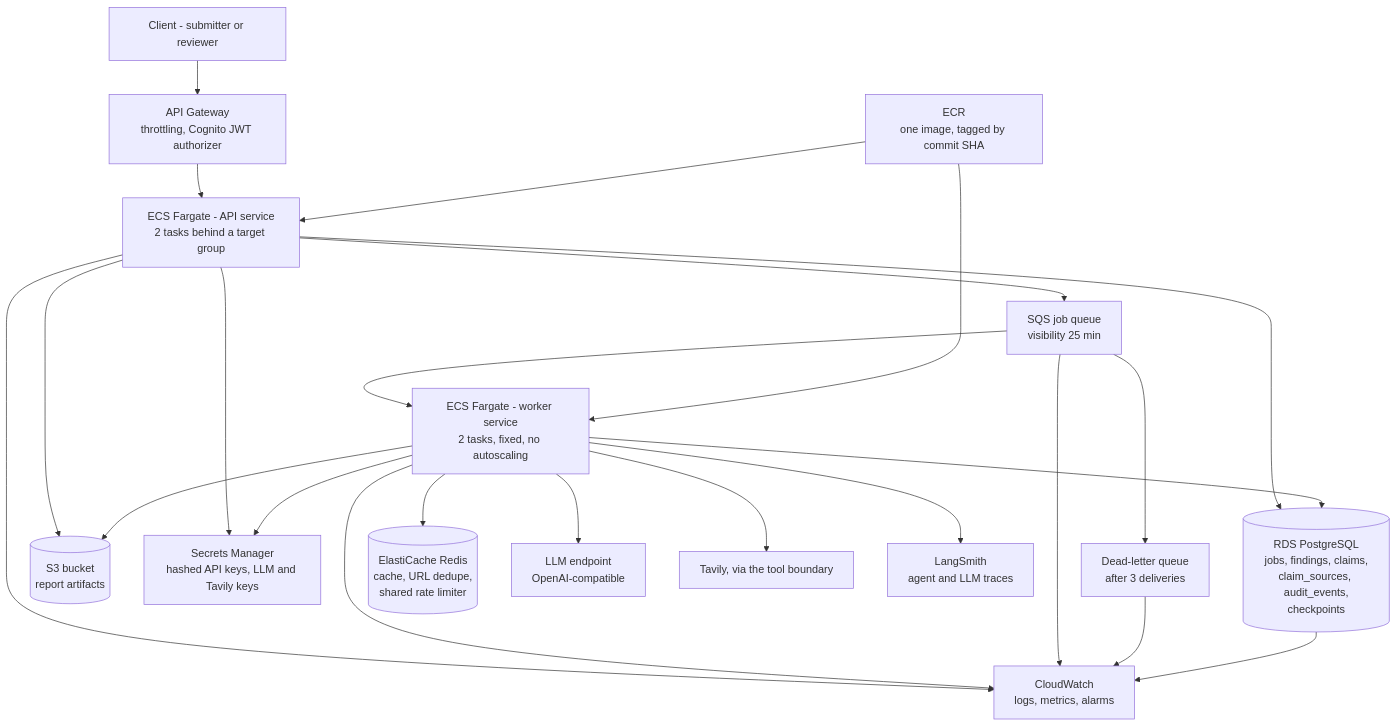
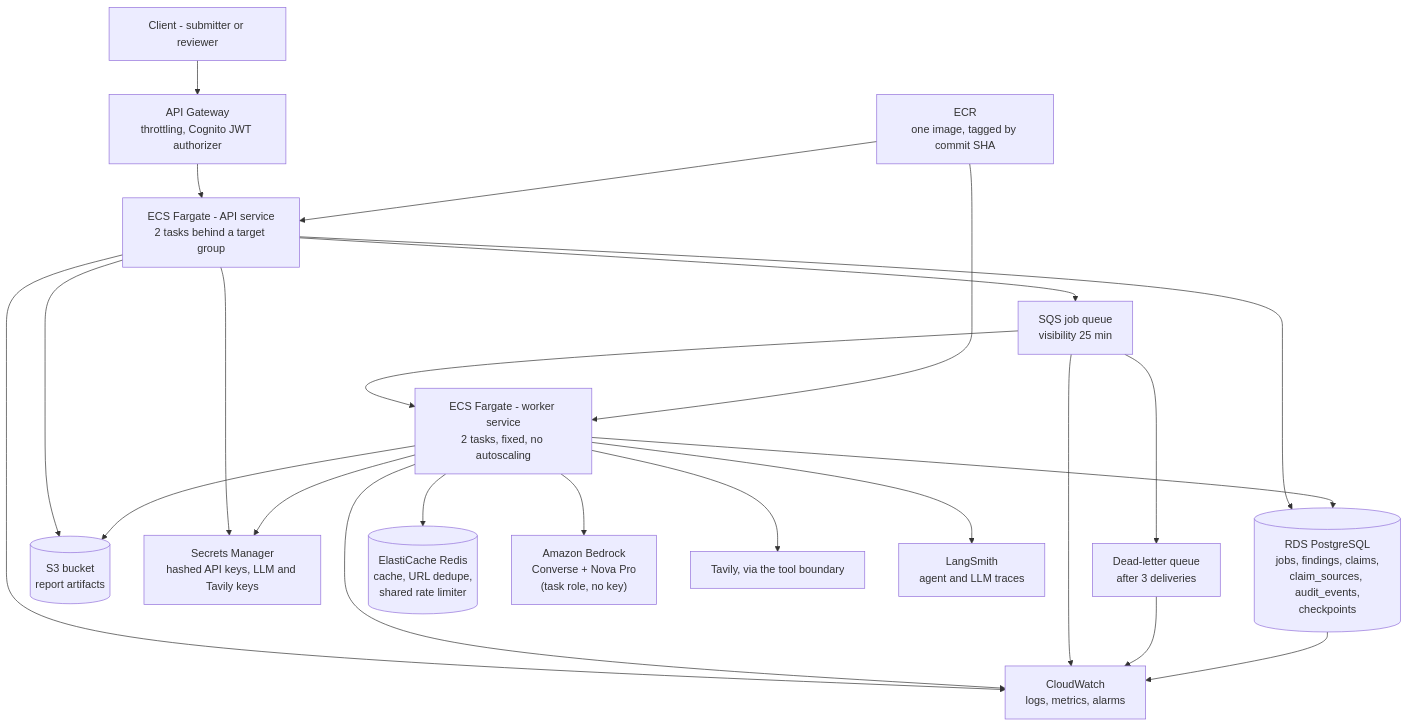
One commit to 02surajpatil02-afk/multi-agent-competitive-research-assistant changed the sixth of 6 diagrams in docs/ARCHITECTURE.md. Above: the diagram before and after it, drawn with Mermaid. The commit also changed other lines of this file and 24 other files, not shown here.

Commit message:
feat(llm): add Amazon Bedrock Nova provider

````diff
--- a/docs/ARCHITECTURE.md
+++ b/docs/ARCHITECTURE.md
@@ -2843,30 +2844,30 @@
 ```mermaid
 flowchart TD
     USER["Client - submitter or reviewer"] --> AGW["API Gateway<br/>throttling, Cognito JWT authorizer"]
     AGW --> APISVC["ECS Fargate - API service<br/>2 tasks behind a target group"]
 
     APISVC --> RDS[("RDS PostgreSQL<br/>jobs, findings, claims,<br/>claim_sources, audit_events,<br/>checkpoints")]
     APISVC --> SQSQ["SQS job queue<br/>visibility 25 min"]
     APISVC --> S3B[("S3 bucket<br/>report artifacts")]
     APISVC --> SM["Secrets Manager<br/>hashed API keys, LLM and Tavily keys"]
 
     SQSQ --> WSVC["ECS Fargate - worker service<br/>2 tasks, fixed, no autoscaling"]
     SQSQ --> DLQ2["Dead-letter queue<br/>after 3 deliveries"]
 
     WSVC --> RDS
     WSVC --> EC[("ElastiCache Redis<br/>cache, URL dedupe,<br/>shared rate limiter")]
     WSVC --> S3B
     WSVC --> SM
-    WSVC --> NIM["LLM endpoint<br/>OpenAI-compatible"]
+    WSVC --> NIM["Amazon Bedrock<br/>Converse + Nova Pro<br/>(task role, no key)"]
     WSVC --> TAV["Tavily, via the tool boundary"]
     WSVC --> LSMITH["LangSmith<br/>agent and LLM traces"]
 
     ECR["ECR<br/>one image, tagged by commit SHA"] --> APISVC
     ECR --> WSVC
 
     APISVC --> CWL["CloudWatch<br/>logs, metrics, alarms"]
     WSVC --> CWL
     SQSQ --> CWL
     DLQ2 --> CWL
     RDS --> CWL
 ```
````
